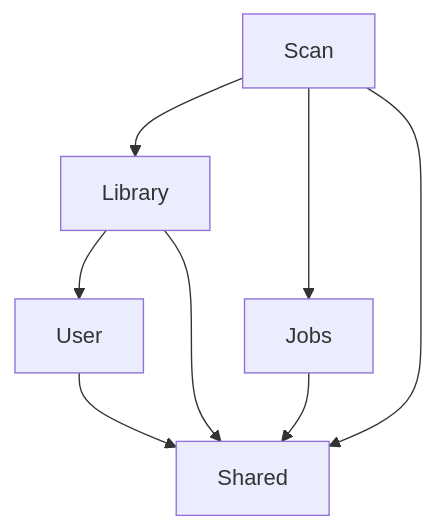
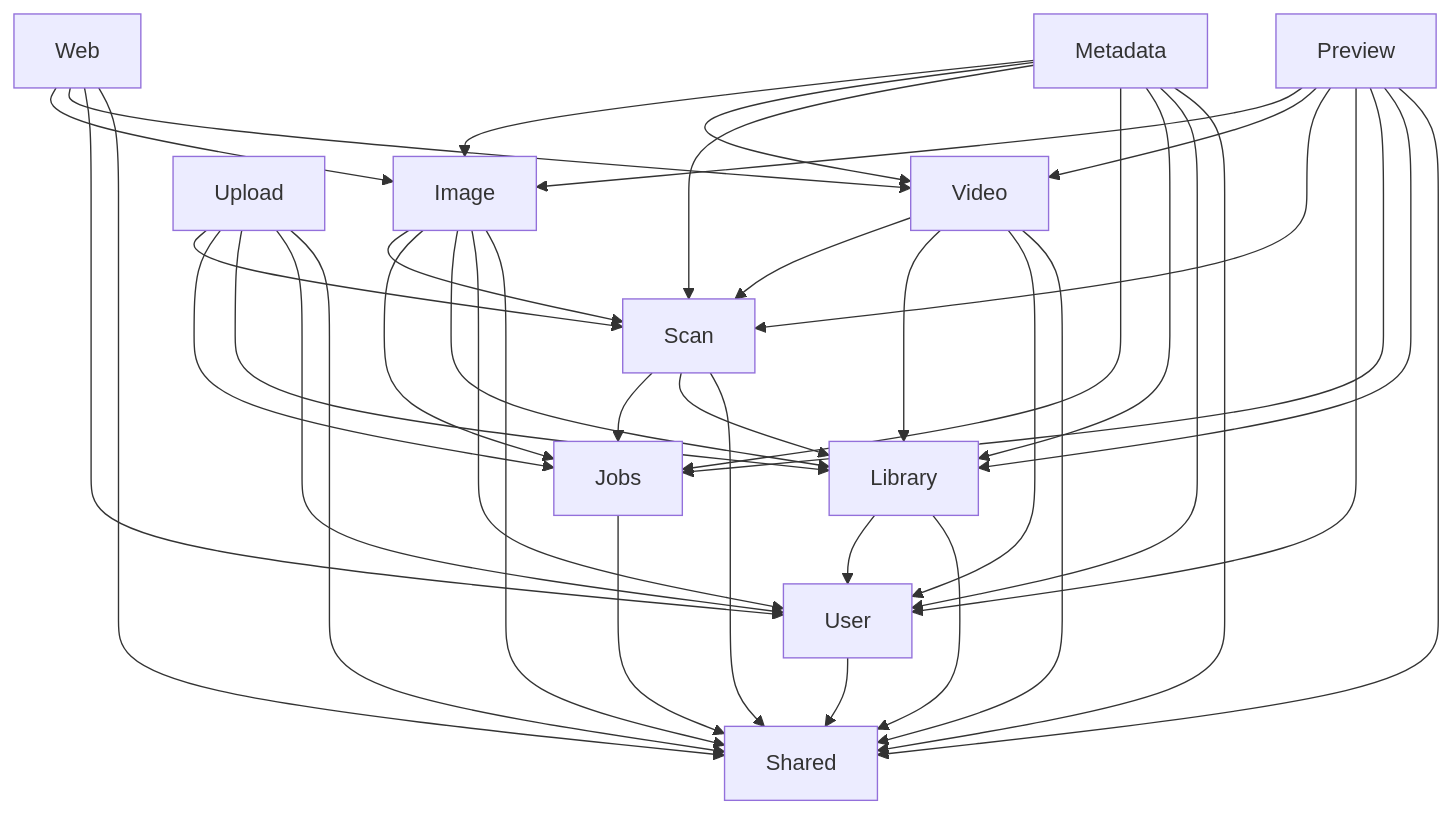
The first of 2 diagrams in README.md (kisima0225/MyMedia), drawn with Mermaid before and after one commit. The commit also changed other lines of this file, not shown here.

Commit message:
docs: 重写 README，模块图与功能清单对齐 11 个模块与 P13

````diff
--- a/README.md
+++ b/README.md
@@ -99,15 +131,54 @@
 ```mermaid
 flowchart TD
+    shared[Shared]
     user[User]
+    jobs[Jobs]
     library[Library]
-    jobs[Jobs]
     scan[Scan]
-    shared[Shared]
+    video[Video]
+    image[Image]
+    preview[Preview]
+    metadata[Metadata]
+    upload[Upload]
+    web[Web]
+
     user --> shared
+    jobs --> shared
     library --> shared
     library --> user
-    jobs --> shared
     scan --> shared
     scan --> library
     scan --> jobs
+    video --> shared
+    video --> user
+    video --> library
+    video --> scan
+    image --> shared
+    image --> user
+    image --> library
+    image --> jobs
+    image --> scan
+    preview --> shared
+    preview --> library
+    preview --> jobs
+    preview --> user
+    preview --> scan
+    preview --> video
+    preview --> image
+    metadata --> shared
+    metadata --> user
+    metadata --> library
+    metadata --> jobs
+    metadata --> scan
+    metadata --> video
+    metadata --> image
+    upload --> shared
+    upload --> user
+    upload --> library
+    upload --> jobs
+    upload --> scan
+    web --> shared
+    web --> user
+    web --> video
+    web --> image
 ```
````
